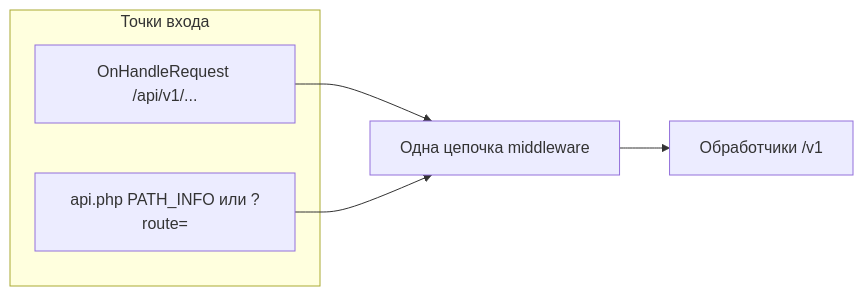
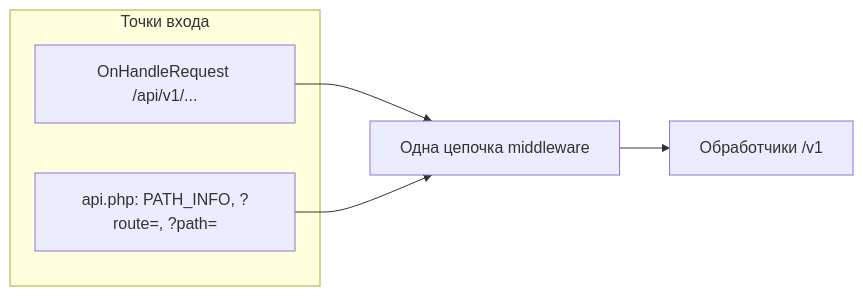
Before and after one commit to modx-pro/Docs: the diagram in docs/components/mxheadless/installation.md, drawn with Mermaid. The commit also changed other lines of this file and 37 other files, not shown here.

Commit message:
docs(mxheadless): вычитка по коду — ошибки, валидация, webhook, схемы

````diff
--- a/docs/components/mxheadless/installation.md
+++ b/docs/components/mxheadless/installation.md
@@ -84,11 +87,11 @@
 ```mermaid
 flowchart LR
   subgraph entry [Точки входа]
     P["OnHandleRequest /api/v1/..."]
-    F["api.php PATH_INFO или ?route="]
+    F["api.php: PATH_INFO, ?route=, ?path="]
   end
   M[Одна цепочка middleware]
   P --> M
   F --> M
   M --> H[Обработчики /v1]
 ```
````
